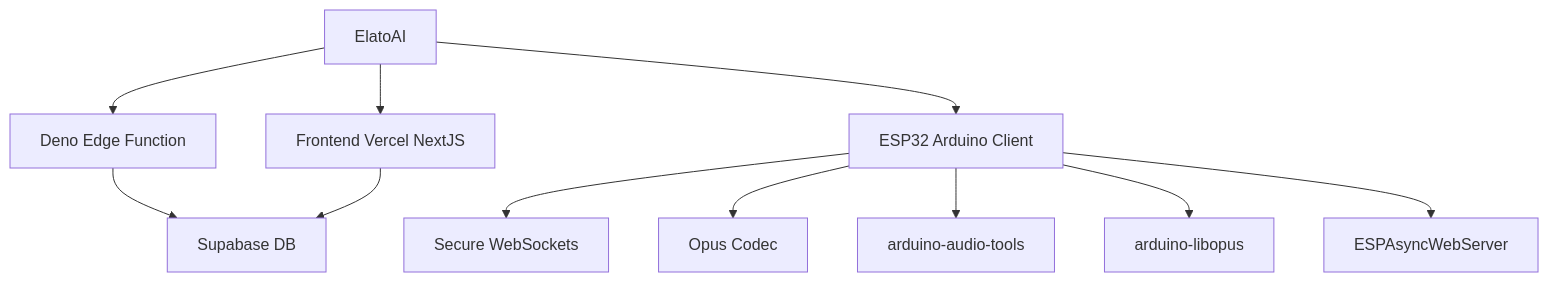
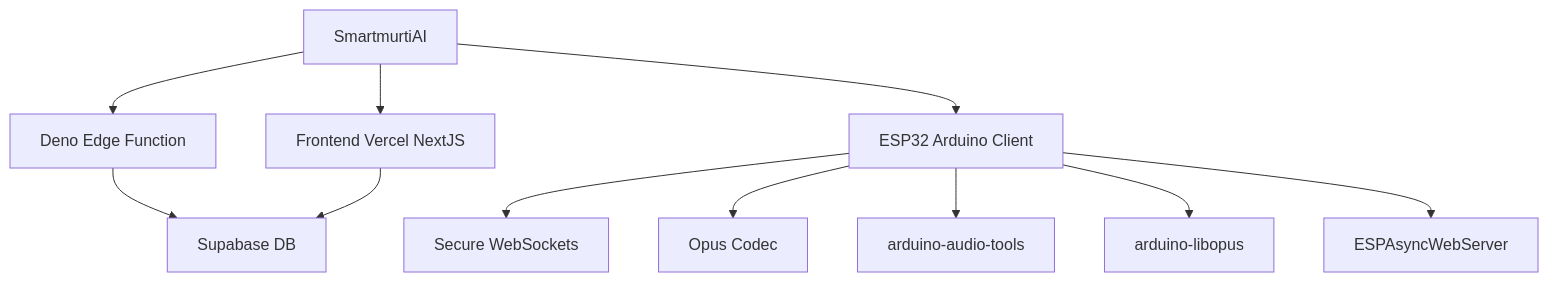
Before and after one commit to namankharbanda007/dev-vani: the second of 2 diagrams in ElatoAI-main/README.md, drawn with Mermaid. The commit also changed other lines of this file and 26 other files, not shown here.

````diff
--- a/ElatoAI-main/README.md
+++ b/ElatoAI-main/README.md
@@ -242,15 +242,15 @@
 ```mermaid
 graph TD
-  repo[ElatoAI]
+  repo[SmartmurtiAI]
   repo --> frontend[Frontend Vercel NextJS]
   repo --> deno[Deno Edge Function]
   repo --> esp32[ESP32 Arduino Client]
   deno --> supabase[Supabase DB]
 
   frontend --> supabase
   esp32 --> websockets[Secure WebSockets]
   esp32 --> opus[Opus Codec]
   esp32 --> audio_tools[arduino-audio-tools]
   esp32 --> libopus[arduino-libopus]
   esp32 --> ESPAsyncWebServer[ESPAsyncWebServer]
 ```
````
